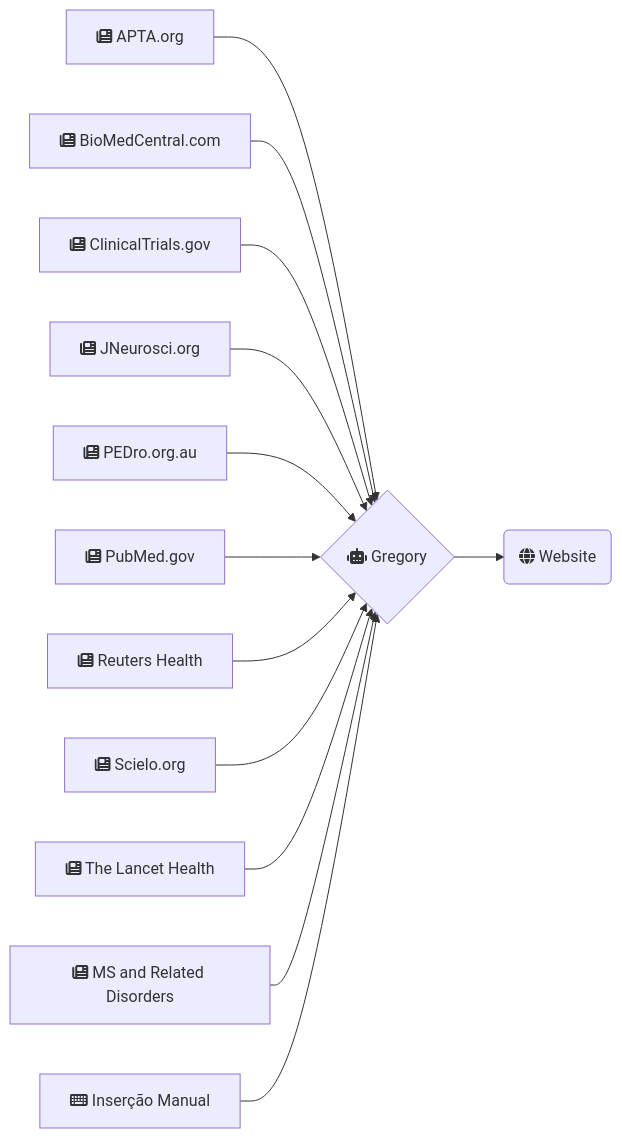
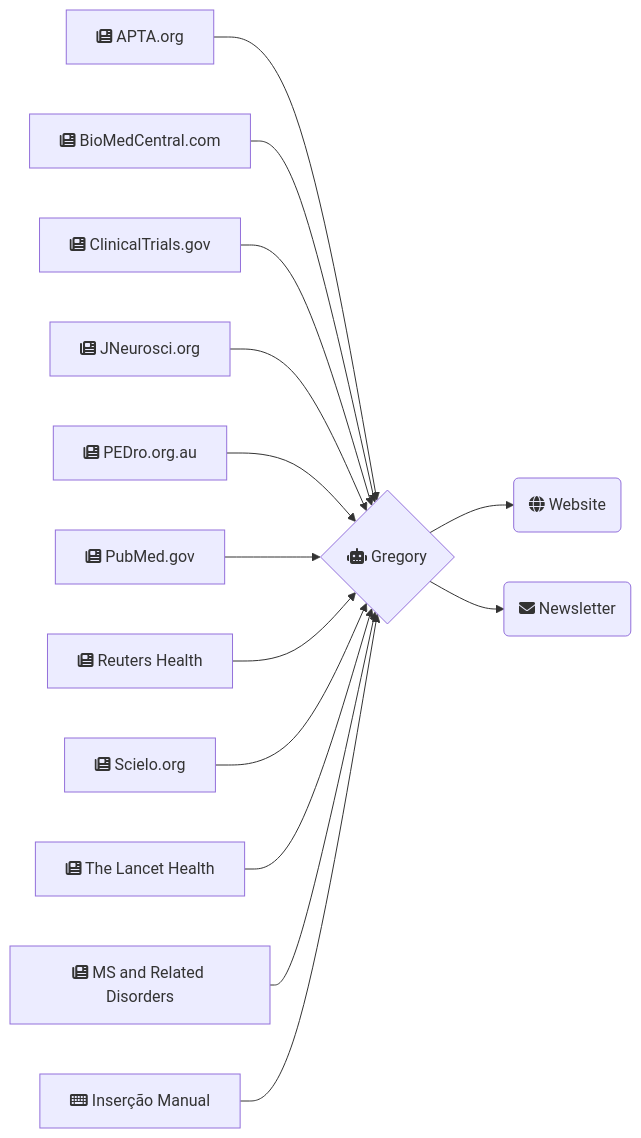
One commit to brunoamaral/gregory-ai changed the diagram in content/about/index.md. Above: the diagram before and after it, drawn with Mermaid.

Commit message:
include newsletter

````diff
--- a/content/about/index.md
+++ b/content/about/index.md
@@ -41,15 +41,16 @@
 ```mermaid
 graph LR;
     APTA[fa:fa-newspaper APTA.org] -->Gregory;
     BioMedCentral[fa:fa-newspaper BioMedCentral.com] -->Gregory;
     ClinicalTrials[fa:fa-newspaper ClinicalTrials.gov]-->Gregory;
     JNeurosci[fa:fa-newspaper JNeurosci.org]-->Gregory;
     PEDro[fa:fa-newspaper PEDro.org.au] -->Gregory;
     PubMed[fa:fa-newspaper PubMed.gov] -->Gregory;
     Reuters[fa:fa-newspaper Reuters Health]-->Gregory;
     Scielo[fa:fa-newspaper Scielo.org] -->Gregory;
     TheLancet[fa:fa-newspaper The Lancet Health]-->Gregory;
     MsRelDis[fa:fa-newspaper MS and Related Disorders]-->Gregory;
     Manual[fa:fa-keyboard Inserção Manual]-->Gregory;
     Gregory{fa:fa-robot Gregory}-->Website(fa:fa-globe Website)
+    Gregory{fa:fa-robot Gregory}-->Newsletter(fa:fa-envelope Newsletter)
 ```
````
